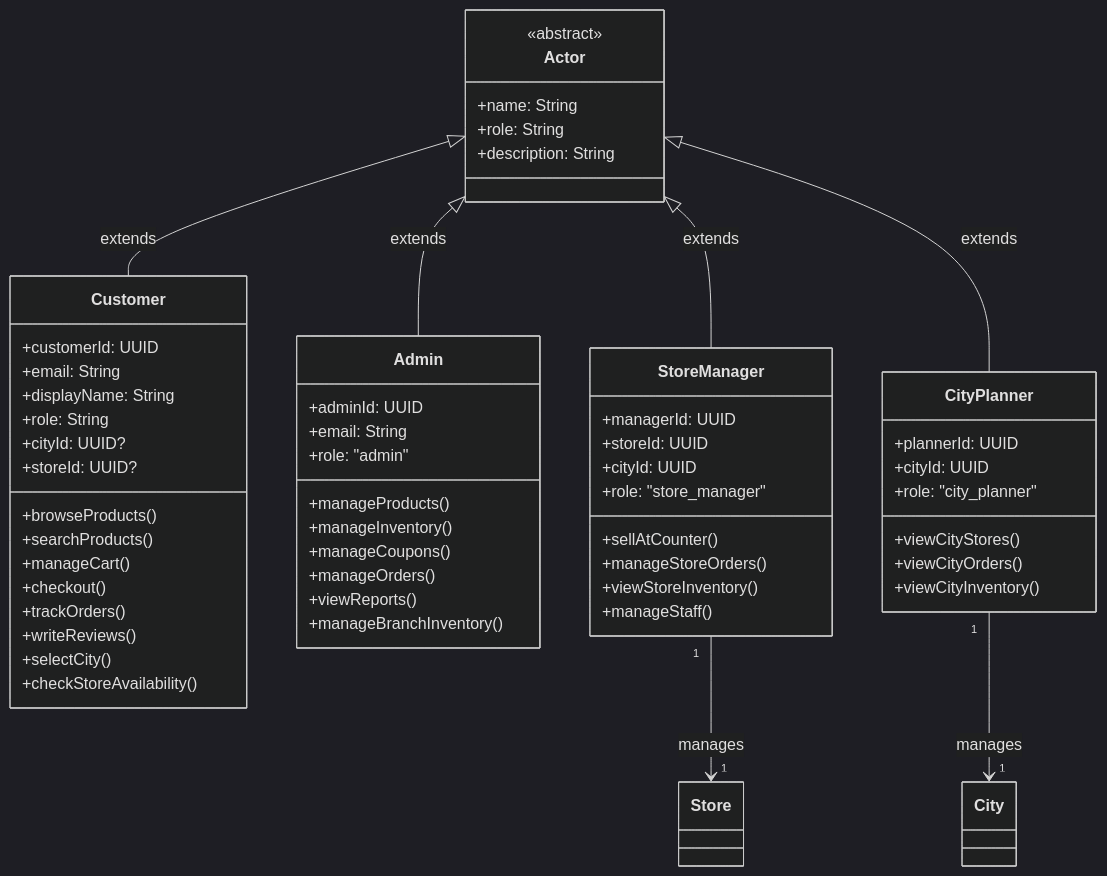
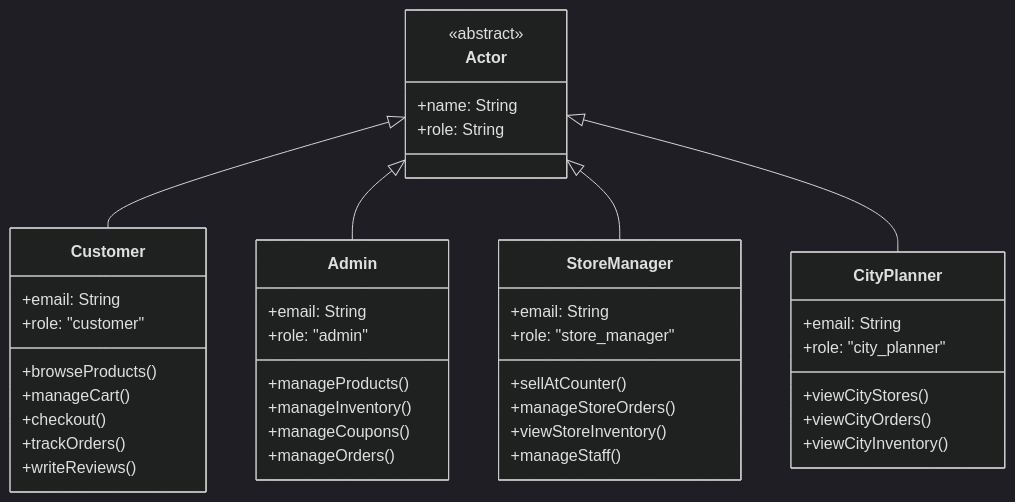
Before and after one commit to DanhTrannn/TLCN: the first of 60 diagrams in docs/design-analysis/OOSAD_ANALYSIS.md, drawn with Mermaid (dark theme). The commit also changed other lines of this file, not shown here.

First line of the commit message:
docs: update OOSAD use-case diagrams to standard UML style

````diff
--- a/docs/design-analysis/OOSAD_ANALYSIS.md
+++ b/docs/design-analysis/OOSAD_ANALYSIS.md
@@ -55,66 +55,49 @@
 ```mermaid
 classDiagram
     class Actor {
         <<abstract>>
         +name: String
         +role: String
-        +description: String
     }
     
     class Customer {
-        +customerId: UUID
         +email: String
-        +displayName: String
-        +role: String
-        +cityId: UUID?
-        +storeId: UUID?
+        +role: "customer"
         +browseProducts()
-        +searchProducts()
         +manageCart()
         +checkout()
         +trackOrders()
         +writeReviews()
-        +selectCity()
-        +checkStoreAvailability()
     }
     
     class Admin {
-        +adminId: UUID
         +email: String
         +role: "admin"
         +manageProducts()
         +manageInventory()
         +manageCoupons()
         +manageOrders()
-        +viewReports()
-        +manageBranchInventory()
     }
     
     class StoreManager {
-        +managerId: UUID
-        +storeId: UUID
-        +cityId: UUID
+        +email: String
         +role: "store_manager"
         +sellAtCounter()
         +manageStoreOrders()
         +viewStoreInventory()
         +manageStaff()
     }
     
     class CityPlanner {
-        +plannerId: UUID
-        +cityId: UUID
+        +email: String
         +role: "city_planner"
         +viewCityStores()
         +viewCityOrders()
         +viewCityInventory()
     }
     
-    Actor <|-- Customer : extends
-    Actor <|-- Admin : extends
-    Actor <|-- StoreManager : extends
-    Actor <|-- CityPlanner : extends
-    
-    StoreManager "1" --> "1" Store : manages
-    CityPlanner "1" --> "1" City : manages
+    Actor <|-- Customer
+    Actor <|-- Admin
+    Actor <|-- StoreManager
+    Actor <|-- CityPlanner
 ```
````
